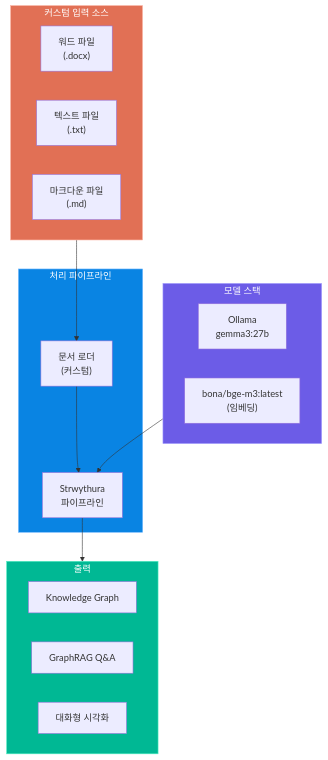
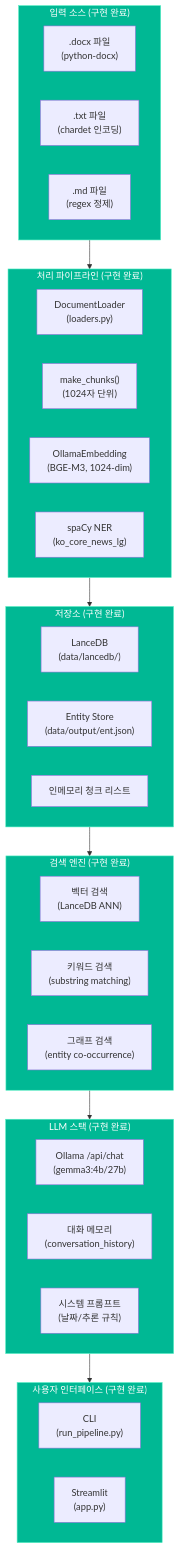
The first of 3 diagrams in docs/04_utilization_plan_review.md (laurus-kpa007/GraphRAG-Senzing), drawn with Mermaid before and after one commit. The commit also changed other lines of this file and 4 other files, not shown here.

````diff
--- a/docs/04_utilization_plan_review.md
+++ b/docs/04_utilization_plan_review.md
@@ -16,33 +12,47 @@
 ```mermaid
 graph TB
-    subgraph INPUT_CUSTOM["커스텀 입력 소스"]
-        DOCX["워드 파일\n(.docx)"]
-        TXT["텍스트 파일\n(.txt)"]
-        MD["마크다운 파일\n(.md)"]
+    subgraph INPUT["입력 소스 (구현 완료)"]
+        DOCX[".docx 파일\n(python-docx)"]
+        TXT[".txt 파일\n(chardet 인코딩)"]
+        MD[".md 파일\n(regex 정제)"]
     end
 
-    subgraph PROCESSING["처리 파이프라인"]
-        LOADER["문서 로더\n(커스텀)"]
-        PIPELINE["Strwythura\n파이프라인"]
+    subgraph PROCESSING["처리 파이프라인 (구현 완료)"]
+        LOADER["DocumentLoader\n(loaders.py)"]
+        CHUNKER["make_chunks()\n(1024자 단위)"]
+        EMBEDDER["OllamaEmbedding\n(BGE-M3, 1024-dim)"]
+        NLP["spaCy NER\n(ko_core_news_lg)"]
     end
 
-    subgraph MODELS["모델 스택"]
-        LLM["Ollama\ngemma3:27b"]
-        EMBED["bona/bge-m3:latest\n(임베딩)"]
+    subgraph STORAGE["저장소 (구현 완료)"]
+        LANCE["LanceDB\n(data/lancedb/)"]
+        ENT_STORE["Entity Store\n(data/output/ent.json)"]
+        CHUNKS_MEM["인메모리 청크 리스트"]
     end
 
-    subgraph OUTPUT_CUSTOM["출력"]
-        KG["Knowledge Graph"]
-        QA["GraphRAG Q&A"]
-        VIS_O["대화형 시각화"]
+    subgraph SEARCH["검색 엔진 (구현 완료)"]
+        VEC["벡터 검색\n(LanceDB ANN)"]
+        KW["키워드 검색\n(substring matching)"]
+        GRAPH["그래프 검색\n(entity co-occurrence)"]
     end
 
-    INPUT_CUSTOM --> LOADER --> PIPELINE
-    MODELS --> PIPELINE
-    PIPELINE --> OUTPUT_CUSTOM
+    subgraph LLM_STACK["LLM 스택 (구현 완료)"]
+        CHAT["Ollama /api/chat\n(gemma3:4b/27b)"]
+        HISTORY["대화 메모리\n(conversation_history)"]
+        PROMPT["시스템 프롬프트\n(날짜/추론 규칙)"]
+    end
 
-    style INPUT_CUSTOM fill:#e17055,stroke:#fab1a0,color:#fff
-    style PROCESSING fill:#0984e3,stroke:#74b9ff,color:#fff
-    style MODELS fill:#6c5ce7,stroke:#a29bfe,color:#fff
-    style OUTPUT_CUSTOM fill:#00b894,stroke:#55efc4,color:#fff
+    subgraph UI["사용자 인터페이스 (구현 완료)"]
+        CLI_UI["CLI\n(run_pipeline.py)"]
+        WEB_UI["Streamlit\n(app.py)"]
+    end
+
+    INPUT --> PROCESSING --> STORAGE --> SEARCH --> LLM_STACK --> UI
+
+    style INPUT fill:#00b894,stroke:#55efc4,color:#fff
+    style PROCESSING fill:#00b894,stroke:#55efc4,color:#fff
+    style STORAGE fill:#00b894,stroke:#55efc4,color:#fff
+    style SEARCH fill:#00b894,stroke:#55efc4,color:#fff
+    style LLM_STACK fill:#00b894,stroke:#55efc4,color:#fff
+    style UI fill:#00b894,stroke:#55efc4,color:#fff
 ```
````
